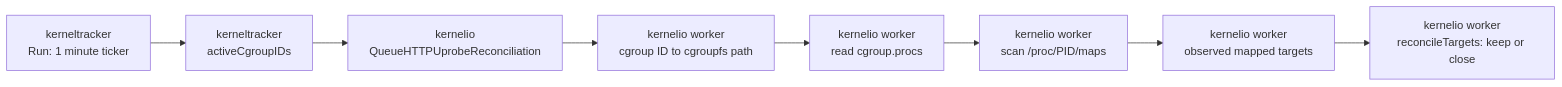
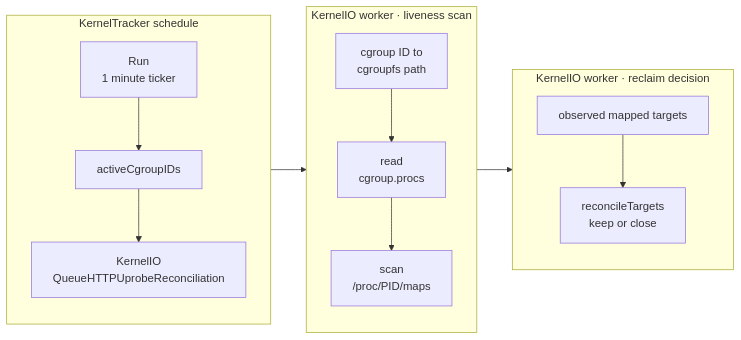
The fourth of 4 diagrams in docs/developer-guide/ebpf/http-uprobes.md (cicd-sensor/cicd-sensor), drawn with Mermaid before and after one commit. The commit also changed other lines of this file and 2 other files, not shown here.

````diff
--- a/docs/developer-guide/ebpf/http-uprobes.md
+++ b/docs/developer-guide/ebpf/http-uprobes.md
@@ -147,13 +220,28 @@
 ```mermaid
 flowchart LR
-    T["kerneltracker<br/>Run: 1 minute ticker"]
-    IDS["kerneltracker<br/>activeCgroupIDs"]
-    Q["kernelio<br/>QueueHTTPUprobeReconciliation"]
-    PATHS["kernelio worker<br/>cgroup ID to cgroupfs path"]
-    PIDS["kernelio worker<br/>read cgroup.procs"]
-    MAPS["kernelio worker<br/>scan /proc/PID/maps"]
-    OBS["kernelio worker<br/>observed mapped targets"]
-    APPLY["kernelio worker<br/>reconcileTargets: keep or close"]
+    subgraph SCHEDULE["KernelTracker schedule"]
+        direction TB
+        T["Run<br/>1 minute ticker"]
+        IDS["activeCgroupIDs"]
+        Q["KernelIO<br/>QueueHTTPUprobeReconciliation"]
+        T --> IDS --> Q
+    end
 
-    T --> IDS --> Q --> PATHS --> PIDS --> MAPS --> OBS --> APPLY
+    subgraph SCAN["KernelIO worker · liveness scan"]
+        direction TB
+        PATHS["cgroup ID to<br/>cgroupfs path"]
+        PIDS["read<br/>cgroup.procs"]
+        MAPS["scan<br/>/proc/PID/maps"]
+        PATHS --> PIDS --> MAPS
+    end
+
+    subgraph DECIDE["KernelIO worker · reclaim decision"]
+        direction TB
+        OBS["observed mapped targets"]
+        APPLY["reconcileTargets<br/>keep or close"]
+        OBS --> APPLY
+    end
+
+    Q --> PATHS
+    MAPS --> OBS
 ```
````
